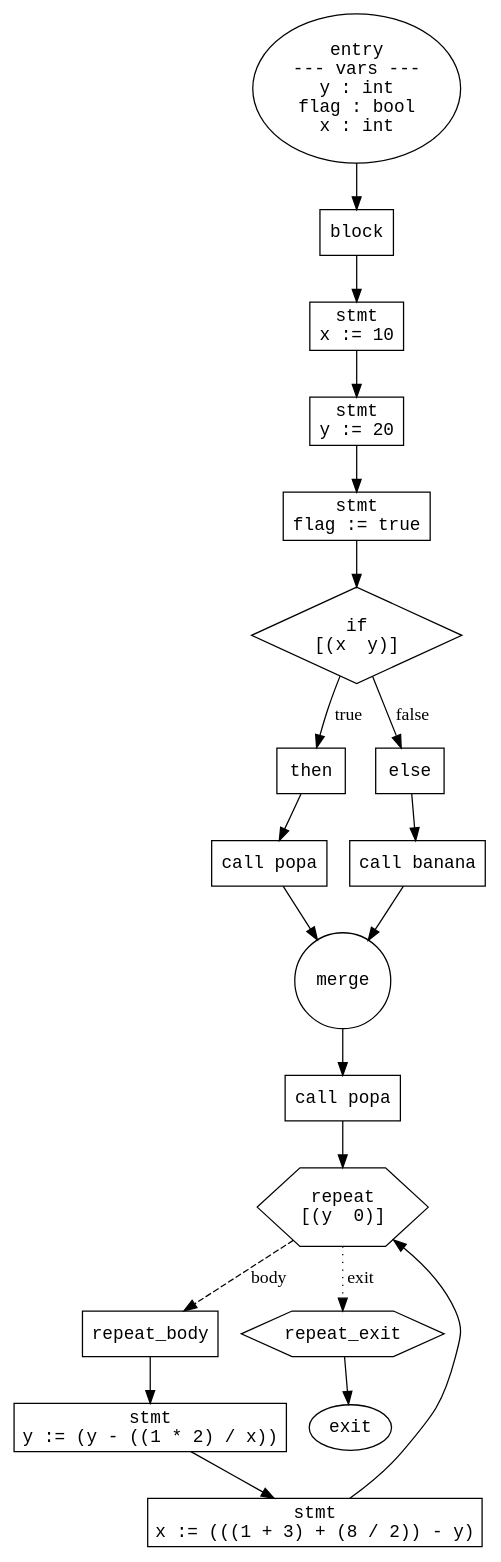
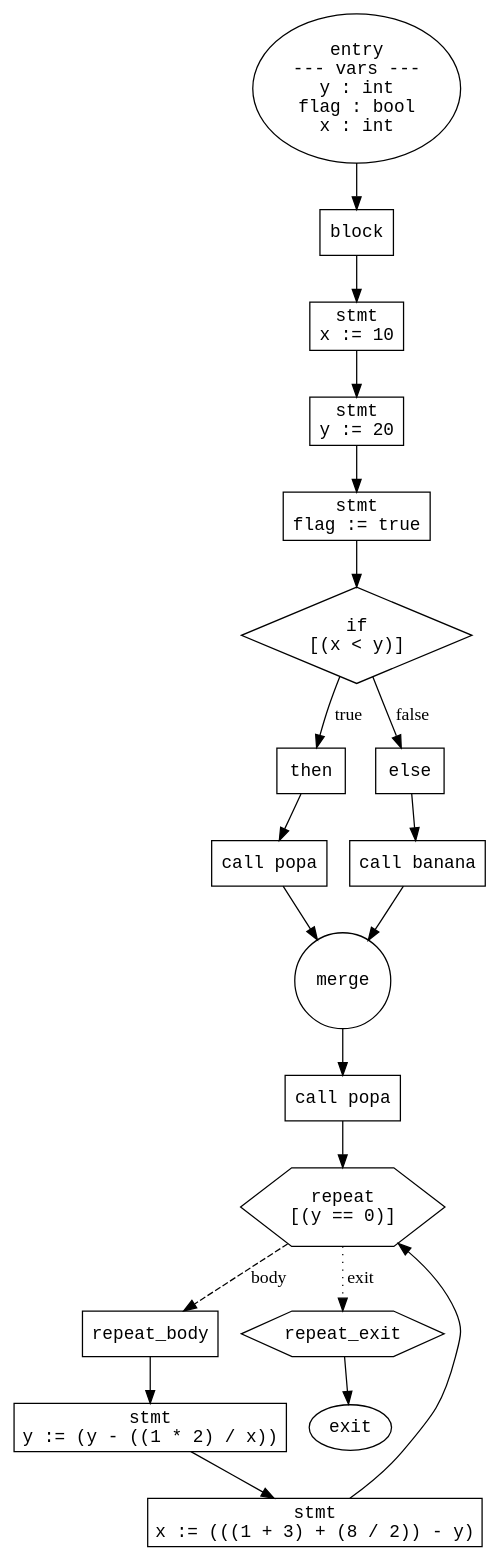
One commit to ArtemkaSheremetev/ProgLangs changed the diagram in build/main.cfg.dot. Above: the diagram before and after it, drawn with Graphviz. The commit also changed 5 other files, not shown here.

```diff
--- a/build/main.cfg.dot
+++ b/build/main.cfg.dot
@@ -1,44 +1,44 @@
 digraph main {
   rankdir=TB;
   node [fontname="Courier"];
 
-  n102399447381792 [shape=ellipse, label="entry\n--- vars ---\ny : int\nflag : bool\nx : int"];
-  n102399447724816 [shape=ellipse, label="exit"];
-  n102399447725488 [shape=box, label="block"];
-  n102399447725744 [shape=box, label="stmt\nx := 10"];
-  n102399447726000 [shape=box, label="stmt\ny := 20"];
-  n102399447726288 [shape=box, label="stmt\nflag := true"];
-  n102399447726608 [shape=diamond, label="if\n[(x  y)]"];
-  n102399447726928 [shape=box, label="then"];
-  n102399447727248 [shape=box, label="call popa"];
-  n102399447728112 [shape=box, label="else"];
-  n102399447728400 [shape=box, label="call banana"];
-  n102399447728784 [shape=circle, label="merge"];
-  n102399447729168 [shape=box, label="call popa"];
-  n102399447729456 [shape=hexagon, label="repeat\n[(y  0)]"];
-  n102399447729776 [shape=box, label="repeat_body"];
-  n102399447730096 [shape=box, label="stmt\ny := (y - ((1 * 2) / x))"];
-  n102399447730416 [shape=box, label="stmt\nx := (((1 + 3) + (8 / 2)) - y)"];
-  n102399447730896 [shape=hexagon, label="repeat_exit"];
+  n97132079019808 [shape=ellipse, label="entry\n--- vars ---\ny : int\nflag : bool\nx : int"];
+  n97132079362832 [shape=ellipse, label="exit"];
+  n97132079363504 [shape=box, label="block"];
+  n97132079363760 [shape=box, label="stmt\nx := 10"];
+  n97132079364016 [shape=box, label="stmt\ny := 20"];
+  n97132079364304 [shape=box, label="stmt\nflag := true"];
+  n97132079364624 [shape=diamond, label="if\n[(x < y)]"];
+  n97132079364944 [shape=box, label="then"];
+  n97132079365264 [shape=box, label="call popa"];
+  n97132079366128 [shape=box, label="else"];
+  n97132079366416 [shape=box, label="call banana"];
+  n97132079366800 [shape=circle, label="merge"];
+  n97132079367184 [shape=box, label="call popa"];
+  n97132079367472 [shape=hexagon, label="repeat\n[(y == 0)]"];
+  n97132079367792 [shape=box, label="repeat_body"];
+  n97132079368112 [shape=box, label="stmt\ny := (y - ((1 * 2) / x))"];
+  n97132079368432 [shape=box, label="stmt\nx := (((1 + 3) + (8 / 2)) - y)"];
+  n97132079368912 [shape=hexagon, label="repeat_exit"];
 
   // Successor edges
-  n102399447381792 -> n102399447725488;
-  n102399447725488 -> n102399447725744;
-  n102399447725744 -> n102399447726000;
-  n102399447726000 -> n102399447726288;
-  n102399447726288 -> n102399447726608;
-  n102399447726608 -> n102399447726928 [label="true"];
-  n102399447726608 -> n102399447728112 [label="false"];
-  n102399447726928 -> n102399447727248;
-  n102399447727248 -> n102399447728784;
-  n102399447728112 -> n102399447728400;
-  n102399447728400 -> n102399447728784;
-  n102399447728784 -> n102399447729168;
-  n102399447729168 -> n102399447729456;
-  n102399447729456 -> n102399447729776 [label="body", style="dashed"];
-  n102399447729456 -> n102399447730896 [label="exit", style="dotted"];
-  n102399447729776 -> n102399447730096;
-  n102399447730096 -> n102399447730416;
-  n102399447730416 -> n102399447729456;
-  n102399447730896 -> n102399447724816;
+  n97132079019808 -> n97132079363504;
+  n97132079363504 -> n97132079363760;
+  n97132079363760 -> n97132079364016;
+  n97132079364016 -> n97132079364304;
+  n97132079364304 -> n97132079364624;
+  n97132079364624 -> n97132079364944 [label="true"];
+  n97132079364624 -> n97132079366128 [label="false"];
+  n97132079364944 -> n97132079365264;
+  n97132079365264 -> n97132079366800;
+  n97132079366128 -> n97132079366416;
+  n97132079366416 -> n97132079366800;
+  n97132079366800 -> n97132079367184;
+  n97132079367184 -> n97132079367472;
+  n97132079367472 -> n97132079367792 [label="body", style="dashed"];
+  n97132079367472 -> n97132079368912 [label="exit", style="dotted"];
+  n97132079367792 -> n97132079368112;
+  n97132079368112 -> n97132079368432;
+  n97132079368432 -> n97132079367472;
+  n97132079368912 -> n97132079362832;
 }
```
